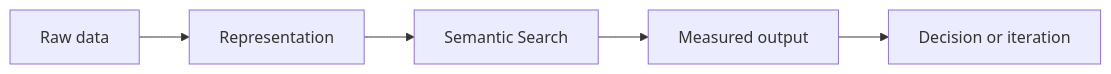
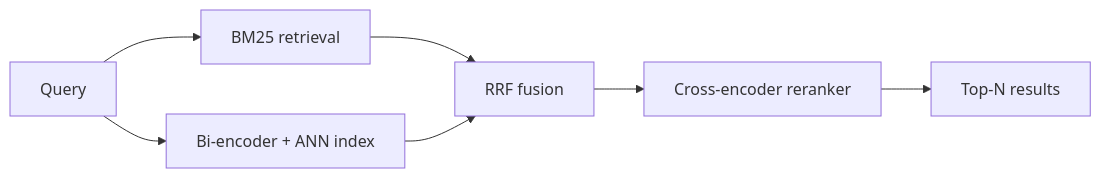
The diagram in nlp/10-semantic-search.md (Icon1cc/Machine-Learning), drawn with Mermaid before and after one commit. The commit also changed other lines of this file and 264 other files, not shown here.

````diff
--- a/nlp/10-semantic-search.md
+++ b/nlp/10-semantic-search.md
@@ -92,7 +275,9 @@
 ```mermaid
 flowchart LR
-    A[Raw data] --> B[Representation]
-    B --> C[Semantic Search]
-    C --> D[Measured output]
-    D --> E[Decision or iteration]
+    Q[Query] --> BM[BM25 retrieval]
+    Q --> BE[Bi-encoder + ANN index]
+    BM --> F[RRF fusion]
+    BE --> F
+    F --> CE[Cross-encoder reranker]
+    CE --> R[Top-N results]
 ```
````
